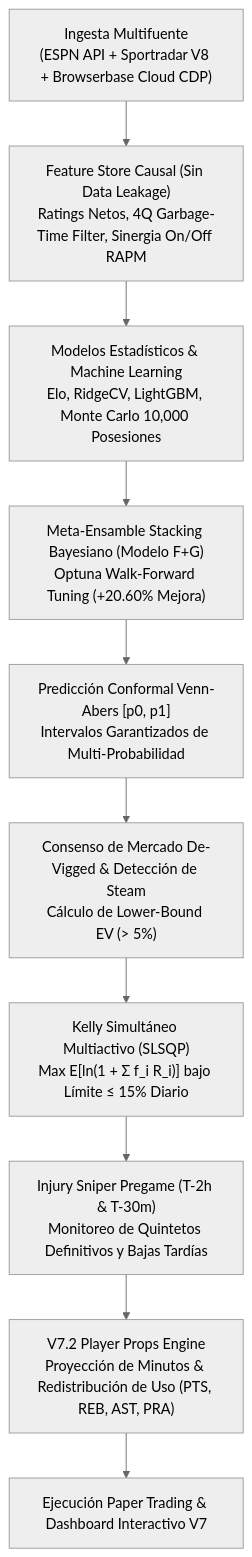
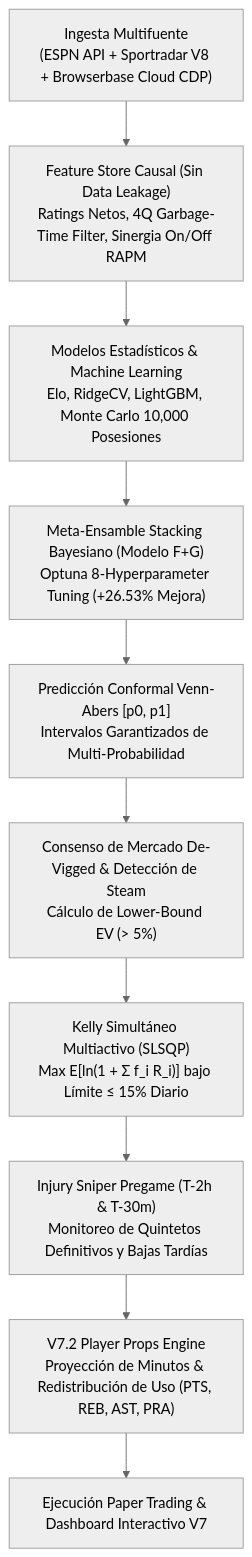
One commit to Drewks/nba-betting-intelligence changed the diagram in README.md. Above: the diagram before and after it, drawn with Mermaid (neutral theme). The commit also changed other lines of this file and 5 other files, not shown here.

Commit message:
feat(quant): expand to 8 hyperparameters in Optuna achieving +26.53% walk-forward score gain

````diff
--- a/README.md
+++ b/README.md
@@ -12,12 +12,12 @@
 ```mermaid
 flowchart TD
     Ingest["Ingesta Multifuente\n(ESPN API + Sportradar V8 + Browserbase Cloud CDP)"] --> Feat["Feature Store Causal (Sin Data Leakage)\nRatings Netos, 4Q Garbage-Time Filter, Sinergia On/Off RAPM"]
     Feat --> Models["Modelos Estadísticos & Machine Learning\nElo, RidgeCV, LightGBM, Monte Carlo 10,000 Posesiones"]
-    Models --> Meta["Meta-Ensamble Stacking Bayesiano (Modelo F+G)\nOptuna Walk-Forward Tuning (+20.60% Mejora)"]
+    Models --> Meta["Meta-Ensamble Stacking Bayesiano (Modelo F+G)\nOptuna 8-Hyperparameter Tuning (+26.53% Mejora)"]
     Meta --> Conformal["Predicción Conformal Venn-Abers [p0, p1]\nIntervalos Garantizados de Multi-Probabilidad"]
     Conformal --> Market["Consenso de Mercado De-Vigged & Detección de Steam\nCálculo de Lower-Bound EV (> 5%)"]
     Market --> Sizing["Kelly Simultáneo Multiactivo (SLSQP)\nMax E[ln(1 + Σ f_i R_i)] bajo Límite ≤ 15% Diario"]
     Sizing --> Sniper["Injury Sniper Pregame (T-2h & T-30m)\nMonitoreo de Quintetos Definitivos y Bajas Tardías"]
     Sniper --> Props["V7.2 Player Props Engine\nProyección de Minutos & Redistribución de Uso (PTS, REB, AST, PRA)"]
     Props --> Exec["Ejecución Paper Trading & Dashboard Interactivo V7"]
 ```
````
